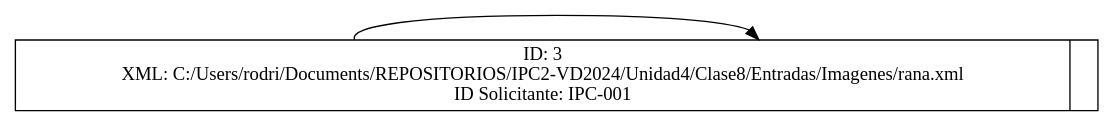
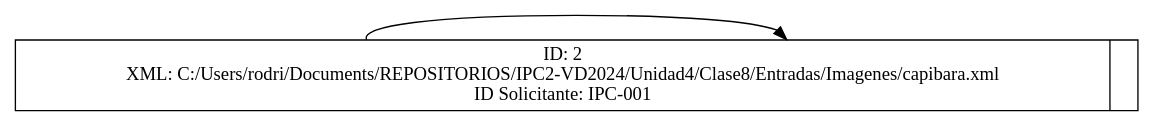
The diagram in Unidad4/Clase8/reportesdot/listaCircular.dot (rodrialeh01/IPC2-VD2024), drawn with Graphviz before and after one commit. The commit also changed 38 other files, not shown here.

```diff
--- a/Unidad4/Clase8/reportesdot/listaCircular.dot
+++ b/Unidad4/Clase8/reportesdot/listaCircular.dot
@@ -1,6 +1,6 @@
 digraph G {
     rankdir=LR;
     node[shape=record, height=.1]
-nodo0[label="{ID: 3\nXML: C:/Users/rodri/Documents/REPOSITORIOS/IPC2-VD2024/Unidad4/Clase8/Entradas/Imagenes/rana.xml\nID Solicitante: IPC-001|<f1>}"];
+nodo0[label="{ID: 2\nXML: C:/Users/rodri/Documents/REPOSITORIOS/IPC2-VD2024/Unidad4/Clase8/Entradas/Imagenes/capibara.xml\nID Solicitante: IPC-001|<f1>}"];
 nodo0 -> nodo0[constraint=false];
 }
```
